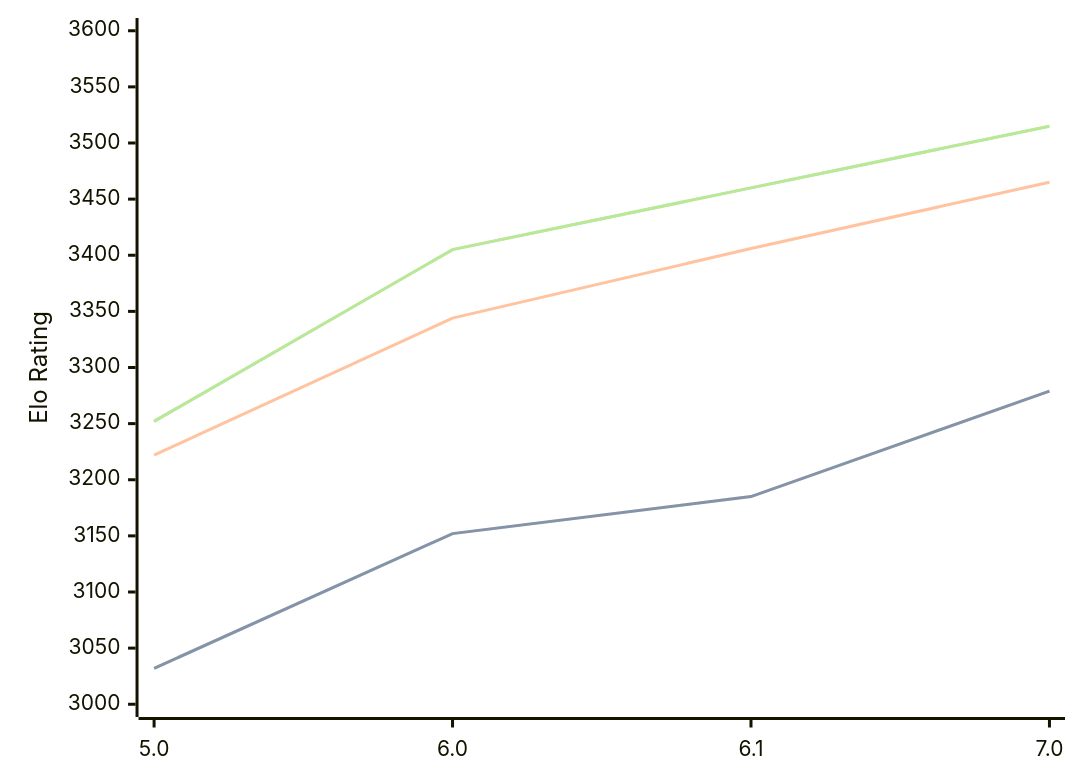
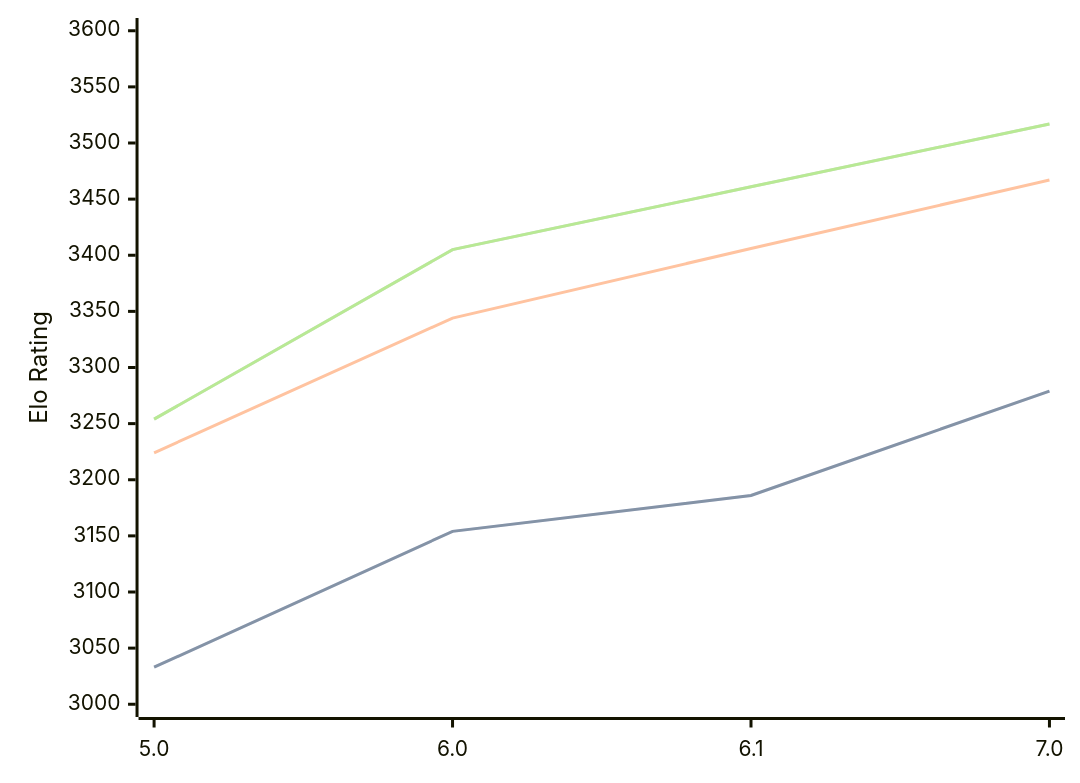
The first of 3 diagrams in engines/PZChessBot.md (computer-chess-index/cci), drawn with Mermaid before and after one commit. The commit also changed other lines of this file, not shown here.

Commit message:
Update CCI Ratings (ELO VLTC) - 2026-06-16

````diff
--- a/engines/PZChessBot.md
+++ b/engines/PZChessBot.md
@@ -43,11 +43,11 @@
 ```mermaid
 %%{init: {"theme":"base","themeVariables":{"seriesColors:['#a3a3a3','#222221','#faa371']}}}%%
 xychart-beta
   x-axis ["5.0", "6.0", "6.1", "7.0"]
   y-axis "Elo Rating" 3000 --> 3600
-  line "STC (8.0+0.08s)" [3032, 3152, 3185, 3279]
-  line "STC (8.0+0.08s)" [3032, 3152, 3185, 3279]
-  line "LTC (60.0+0.60s)" [3222, 3344, 3406, 3465]
-  line "VLTC (2m24s+1.12s)" [3252, 3405, 3460, 3515]
-  line "VLTC (2m24s+1.12s)" [3252, 3405, 3460, 3515]
+  line "STC (8.0+0.08s)" [3033, 3154, 3186, 3279]
+  line "STC (8.0+0.08s)" [3033, 3154, 3186, 3279]
+  line "LTC (60.0+0.60s)" [3224, 3344, 3406, 3467]
+  line "VLTC (2m24s+1.12s)" [3254, 3405, 3461, 3517]
+  line "VLTC (2m24s+1.12s)" [3254, 3405, 3461, 3517]
 ```
````
